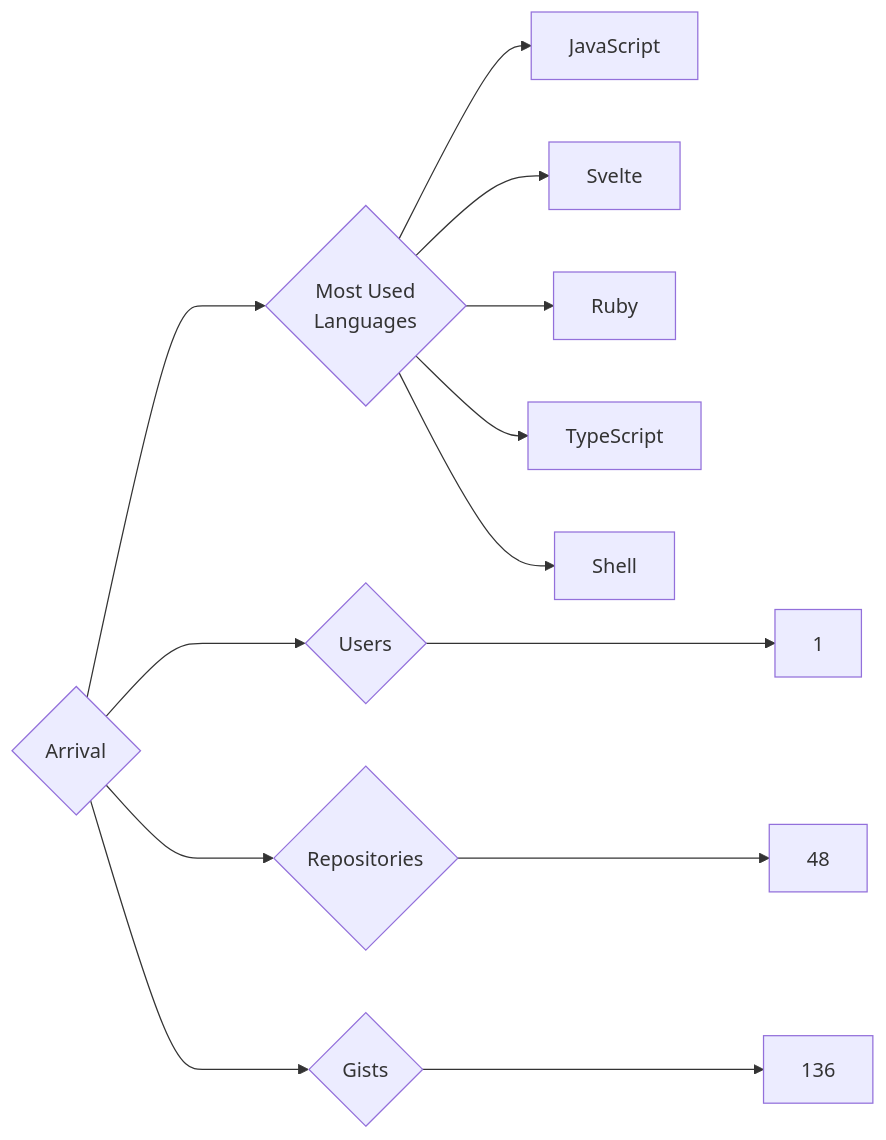
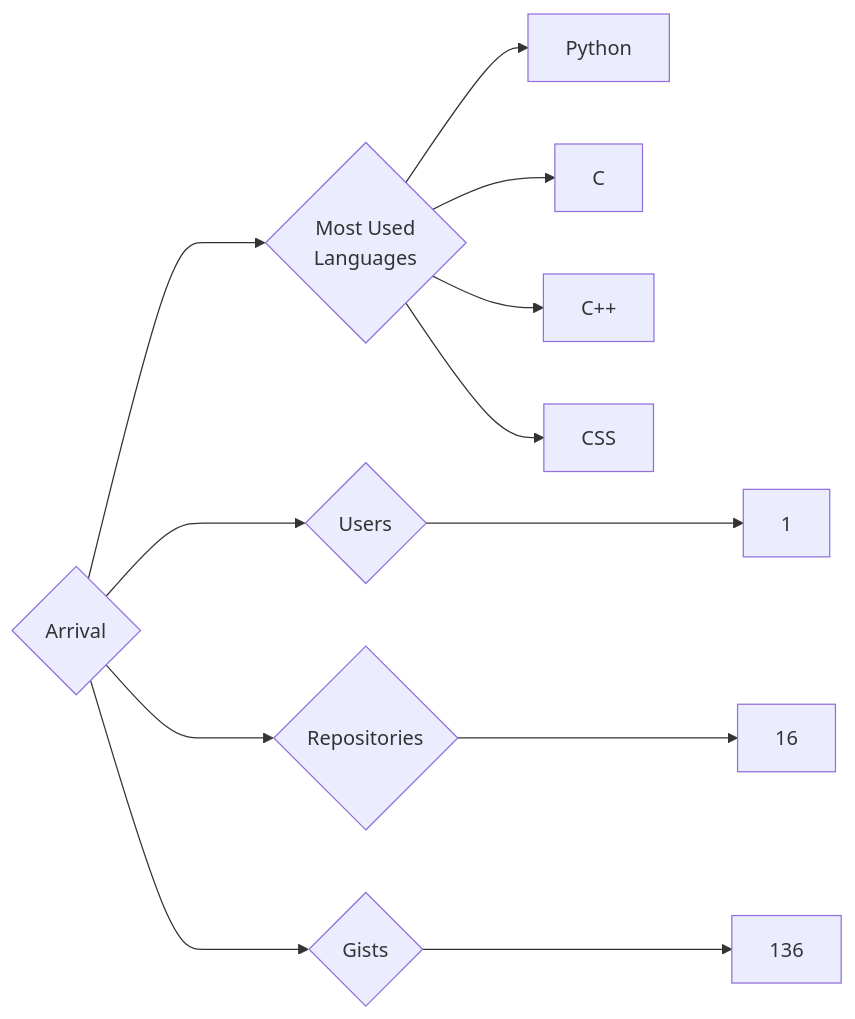
Before and after one commit to trickest/insiders: the diagram in targets/Arrival/README.md, drawn with Mermaid. The commit also changed 718 other files, not shown here.

````diff
--- a/targets/Arrival/README.md
+++ b/targets/Arrival/README.md
@@ -3,13 +3,12 @@
 ```mermaid
 graph LR
 COMPANY_NAME{Arrival}
 COMPANY_NAME ---> U{Users} ---> UN[1]
-COMPANY_NAME ---> R{Repositories} ---> RN[48]
+COMPANY_NAME ---> R{Repositories} ---> RN[16]
 COMPANY_NAME ---> G{Gists} ---> GN[136]
 COMPANY_NAME ---> ML{Most Used<br>Languages}
-ML --> JavaScript[JavaScript]
-ML --> Svelte[Svelte]
-ML --> Ruby[Ruby]
-ML --> TypeScript[TypeScript]
-ML --> Shell[Shell]
+ML --> Python[Python]
+ML --> C[C]
+ML --> C++[C++]
+ML --> CSS[CSS]
 ```
````
